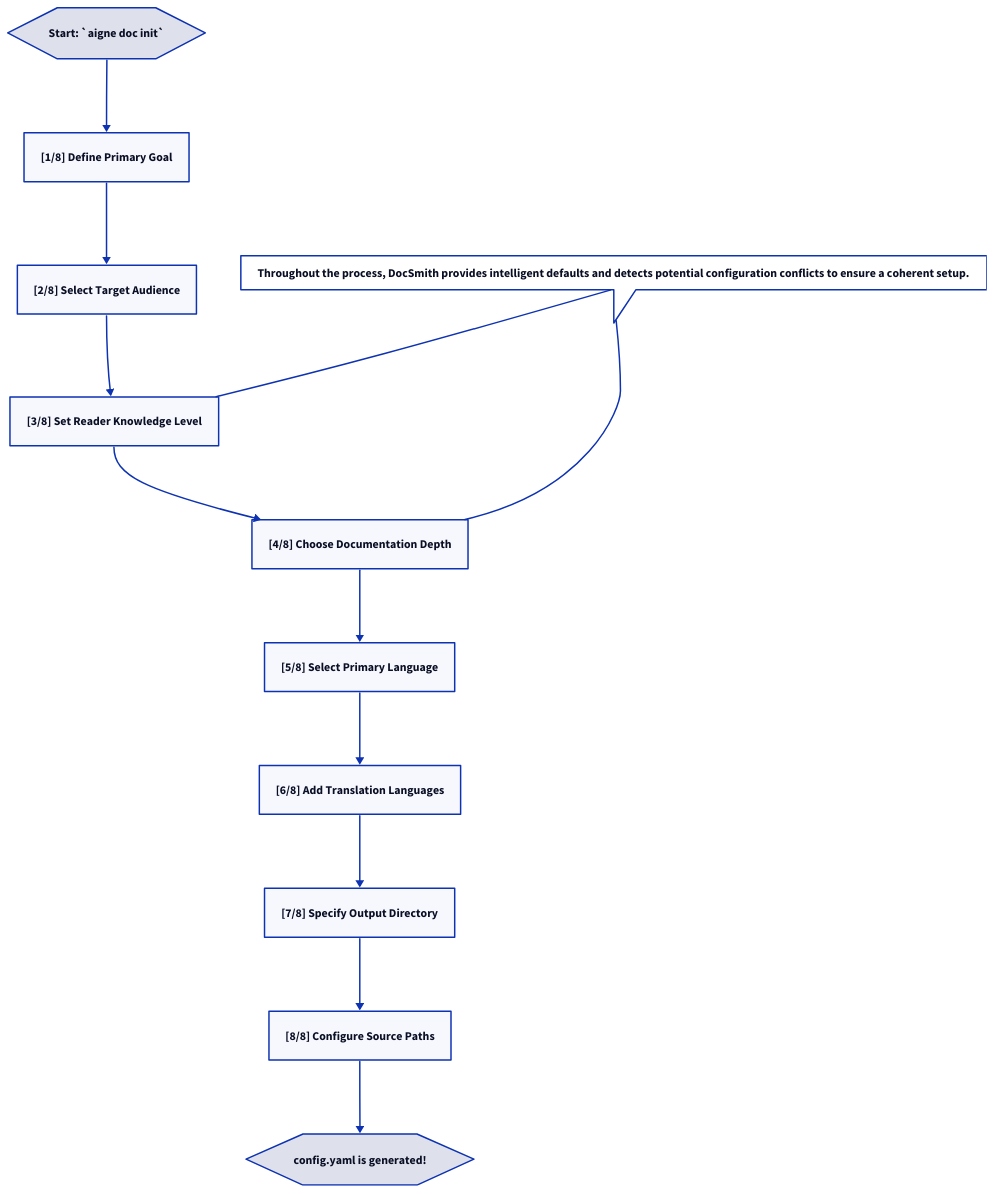
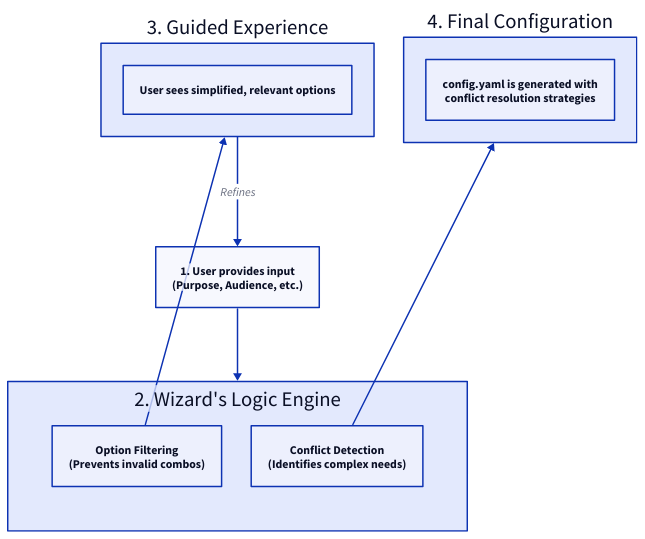
One commit to li-yechao/aigne-doc-smith changed the diagram in docs/configuration-interactive-setup.md. Above: the diagram before and after it, drawn with D2. The commit also changed other lines of this file and 37 other files, not shown here.

````diff
--- a/docs/configuration-interactive-setup.md
+++ b/docs/configuration-interactive-setup.md
@@ -15,29 +32,38 @@
 ```d2
 direction: down
 
-start: "Start: `aigne doc init`" {
-  shape: hexagon
+User-Selections: {
+  label: "1. User provides input\n(Purpose, Audience, etc.)"
+  shape: rectangle
 }
 
-step1: "[1/8] Define Primary Goal"
-step2: "[2/8] Select Target Audience"
-step3: "[3/8] Set Reader Knowledge Level"
-step4: "[4/8] Choose Documentation Depth"
-step5: "[5/8] Select Primary Language"
-step6: "[6/8] Add Translation Languages"
-step7: "[7/8] Specify Output Directory"
-step8: "[8/8] Configure Source Paths"
+Wizard-Engine: {
+  label: "2. Wizard's Logic Engine"
+  shape: rectangle
+  grid-columns: 2
 
-finish: "config.yaml is generated!" {
-  shape: hexagon
+  Filtering: {
+    label: "Option Filtering\n(Prevents invalid combos)"
+  }
+
+  Conflict-Detection: {
+    label: "Conflict Detection\n(Identifies complex needs)"
+  }
 }
 
-start -> step1 -> step2 -> step3 -> step4 -> step5 -> step6 -> step7 -> step8 -> finish
-
-subsystem: "Throughout the process, DocSmith provides intelligent defaults and detects potential configuration conflicts to ensure a coherent setup." {
-    shape: callout
+Guided-Experience: {
+  label: "3. Guided Experience"
+  shape: rectangle
+  content: "User sees simplified, relevant options"
 }
 
-subsystem -- step3
-subsystem -- step4
+Final-Config: {
+  label: "4. Final Configuration"
+  content: "config.yaml is generated with\nconflict resolution strategies"
+}
+
+User-Selections -> Wizard-Engine
+Wizard-Engine.Filtering -> Guided-Experience
+Wizard-Engine.Conflict-Detection -> Final-Config
+Guided-Experience -> User-Selections: "Refines"
 ```
````
